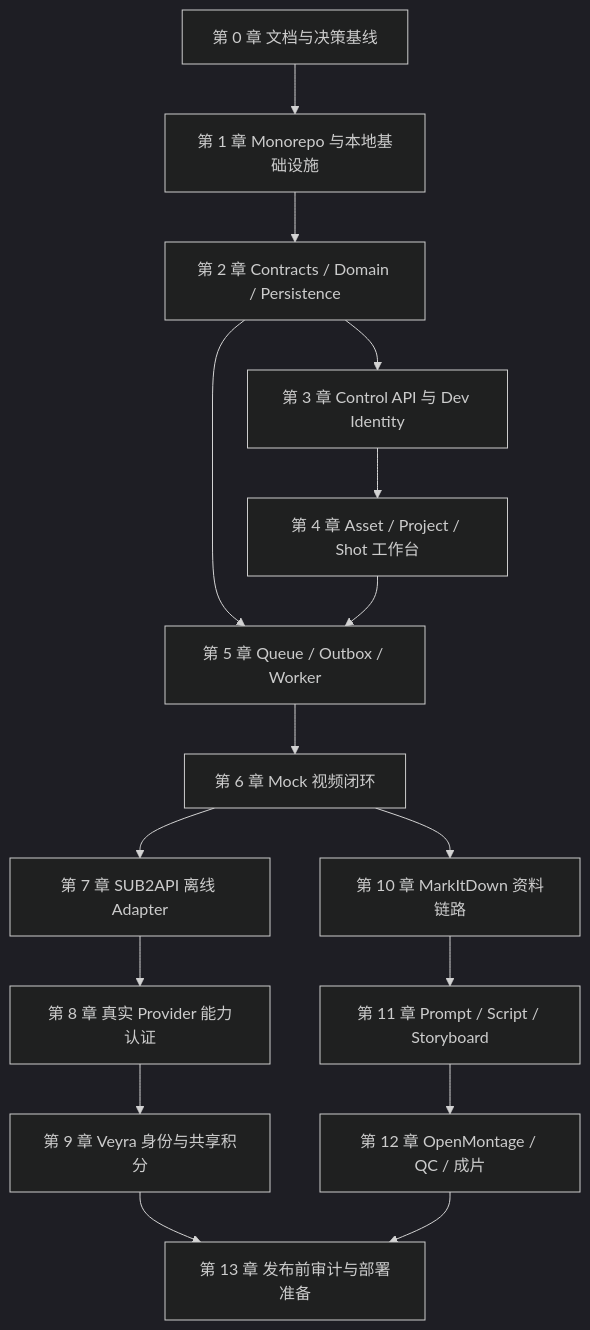
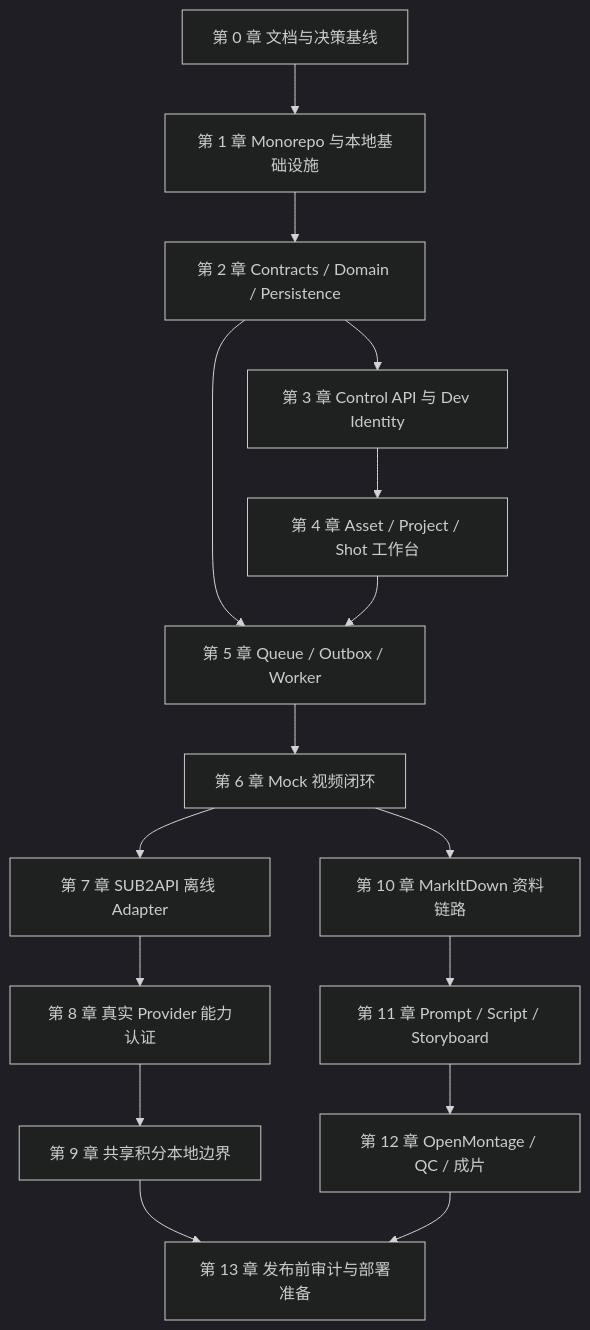
The diagram in doc/AI企业内容生产平台_正式开发总控文档.md (meta-xucong/alchemy-video-os), drawn with Mermaid (dark theme) before and after one commit. The commit also changed other lines of this file and 197 other files, not shown here.

````diff
--- a/doc/AI企业内容生产平台_正式开发总控文档.md
+++ b/doc/AI企业内容生产平台_正式开发总控文档.md
@@ -156,18 +169,18 @@
 ```mermaid
 flowchart TD
   C0[第 0 章 文档与决策基线] --> C1[第 1 章 Monorepo 与本地基础设施]
   C1 --> C2[第 2 章 Contracts / Domain / Persistence]
   C2 --> C3[第 3 章 Control API 与 Dev Identity]
   C3 --> C4[第 4 章 Asset / Project / Shot 工作台]
   C2 --> C5[第 5 章 Queue / Outbox / Worker]
   C4 --> C5
   C5 --> C6[第 6 章 Mock 视频闭环]
   C6 --> C7[第 7 章 SUB2API 离线 Adapter]
   C7 --> C8[第 8 章 真实 Provider 能力认证]
-  C8 --> C9[第 9 章 Veyra 身份与共享积分]
+  C8 --> C9[第 9 章 共享积分本地边界]
   C6 --> C10[第 10 章 MarkItDown 资料链路]
   C10 --> C11[第 11 章 Prompt / Script / Storyboard]
   C11 --> C12[第 12 章 OpenMontage / QC / 成片]
   C9 --> C13[第 13 章 发布前审计与部署准备]
   C12 --> C13
 ```
````
